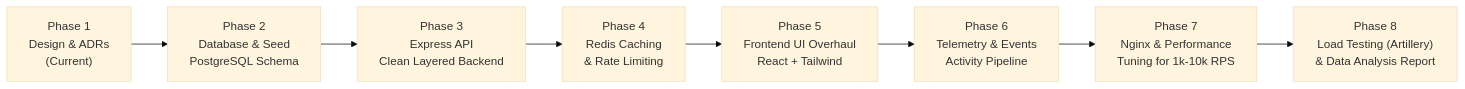
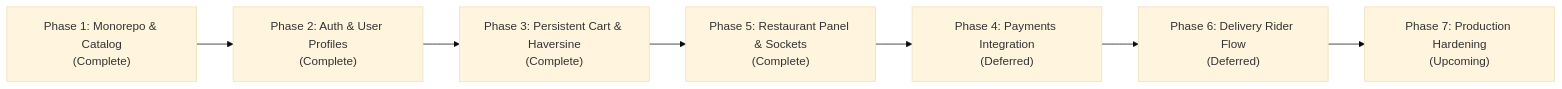
One commit to Ata-Ul-Hai/Swirl changed the third of 3 diagrams in ARCHITECTURE.md. Above: the diagram before and after it, drawn with Mermaid (base theme). The commit also changed other lines of this file and 1 other file, not shown here.

Commit message:
docs: update README and ARCHITECTURE to reflect MERN stack monorepo, Socket.io, and ADRs

````diff
--- a/ARCHITECTURE.md
+++ b/ARCHITECTURE.md
@@ -184,10 +326,9 @@
 ```mermaid
 flowchart LR
-    P1["Phase 1<br/>Design & ADRs<br/>(Current)"] --> P2["Phase 2<br/>Database & Seed<br/>PostgreSQL Schema"]
-    P2 --> P3["Phase 3<br/>Express API<br/>Clean Layered Backend"]
-    P3 --> P4["Phase 4<br/>Redis Caching<br/>& Rate Limiting"]
-    P4 --> P5["Phase 5<br/>Frontend UI Overhaul<br/>React + Tailwind"]
-    P5 --> P6["Phase 6<br/>Telemetry & Events<br/>Activity Pipeline"]
-    P6 --> P7["Phase 7<br/>Nginx & Performance<br/>Tuning for 1k-10k RPS"]
-    P7 --> P8["Phase 8<br/>Load Testing (Artillery)<br/>& Data Analysis Report"]
+    P1["Phase 1: Monorepo & Catalog<br/>(Complete)"] --> P2["Phase 2: Auth & User Profiles<br/>(Complete)"]
+    P2 --> P3["Phase 3: Persistent Cart & Haversine<br/>(Complete)"]
+    P3 --> P5["Phase 5: Restaurant Panel & Sockets<br/>(Complete)"]
+    P5 --> P4["Phase 4: Payments Integration<br/>(Deferred)"]
+    P4 --> P6["Phase 6: Delivery Rider Flow<br/>(Deferred)"]
+    P6 --> P7["Phase 7: Production Hardening<br/>(Upcoming)"]
 ```
````
